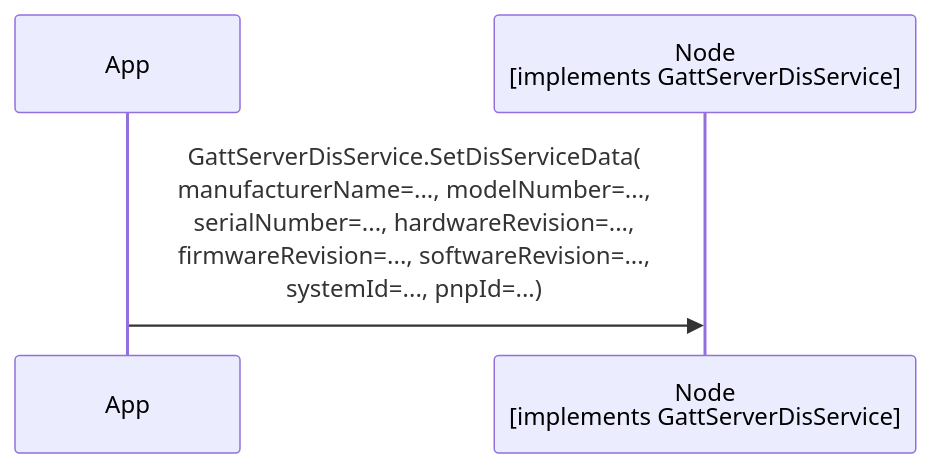
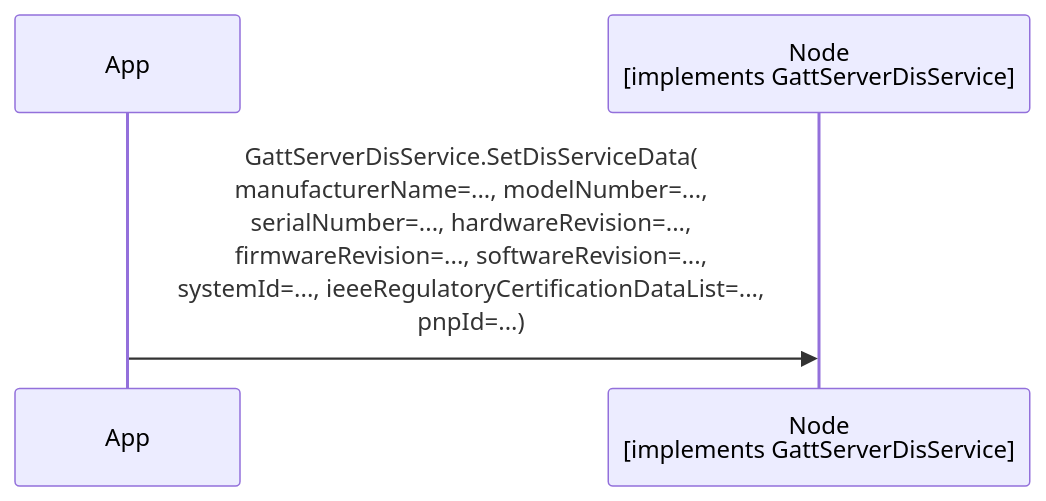
One commit to philips-software/amp-embedded-infra-lib changed the diagram in documents/modules/ROOT/partials/echoservices/gatt_client/GattServerDisService_SetDisServiceData_sequence.mmd. Above: the diagram before and after it, drawn with Mermaid. The commit also changed 14 other files, not shown here.

```diff
--- a/documents/modules/ROOT/partials/echoservices/gatt_client/GattServerDisService_SetDisServiceData_sequence.mmd
+++ b/documents/modules/ROOT/partials/echoservices/gatt_client/GattServerDisService_SetDisServiceData_sequence.mmd
@@ -1,4 +1,4 @@
 sequenceDiagram
     participant App as App
     participant Node as Node<br>[implements GattServerDisService]
-    App->>Node: GattServerDisService.SetDisServiceData(<br>manufacturerName=..., modelNumber=...,<br>serialNumber=..., hardwareRevision=...,<br>firmwareRevision=..., softwareRevision=...,<br>systemId=..., pnpId=...)
+    App->>Node: GattServerDisService.SetDisServiceData(<br>manufacturerName=..., modelNumber=...,<br>serialNumber=..., hardwareRevision=...,<br>firmwareRevision=..., softwareRevision=...,<br>systemId=..., ieeeRegulatoryCertificationDataList=...,<br>pnpId=...)
```
